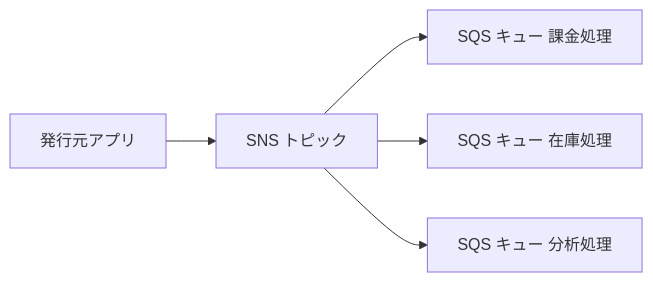
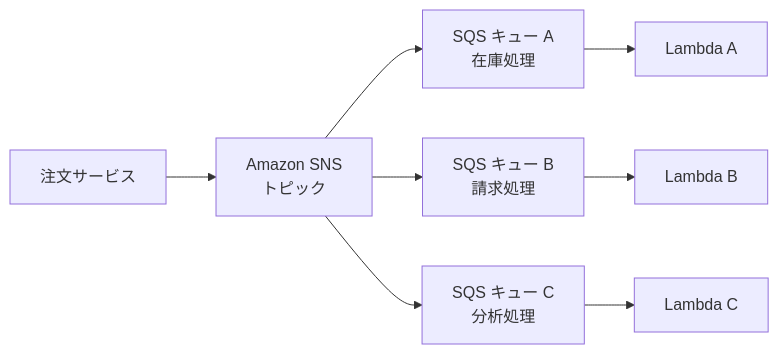
Before and after one commit to myoshi2891/Cloud-Infrastructure-and-Network-Studies: the third of 31 diagrams in Dva-c02-domain1-development-with-aws-services-guide.md, drawn with Mermaid. The commit also changed other lines of this file, not shown here.

````diff
--- a/Dva-c02-domain1-development-with-aws-services-guide.md
+++ b/Dva-c02-domain1-development-with-aws-services-guide.md
@@ -151,7 +173,10 @@
 ```mermaid
 flowchart LR
-    P["発行元アプリ"] --> T["SNS トピック"]
-    T --> Q1["SQS キュー 課金処理"]
-    T --> Q2["SQS キュー 在庫処理"]
-    T --> Q3["SQS キュー 分析処理"]
+    P["注文サービス"] --> T["Amazon SNS<br/>トピック"]
+    T --> Q1["SQS キュー A<br/>在庫処理"]
+    T --> Q2["SQS キュー B<br/>請求処理"]
+    T --> Q3["SQS キュー C<br/>分析処理"]
+    Q1 --> L1["Lambda A"]
+    Q2 --> L2["Lambda B"]
+    Q3 --> L3["Lambda C"]
 ```
````
